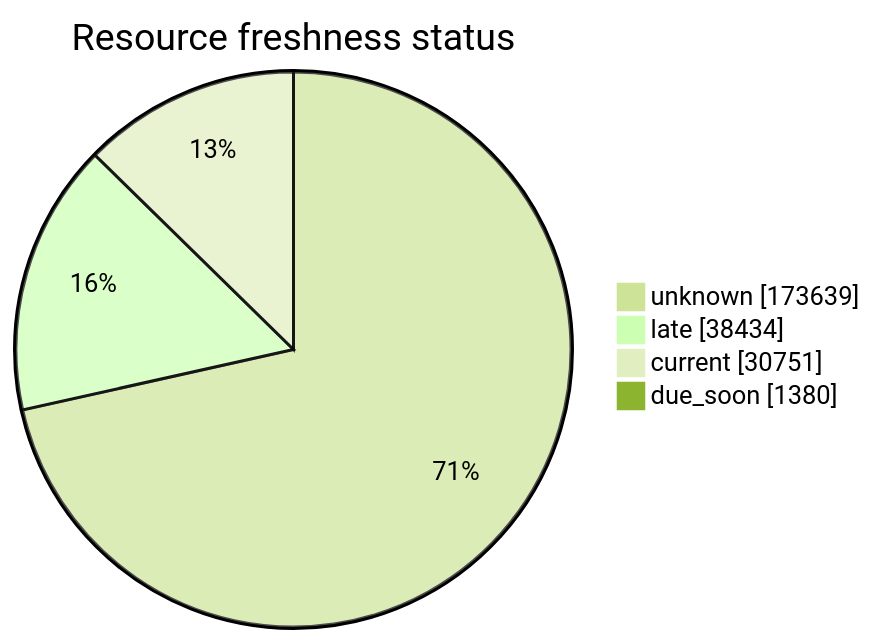
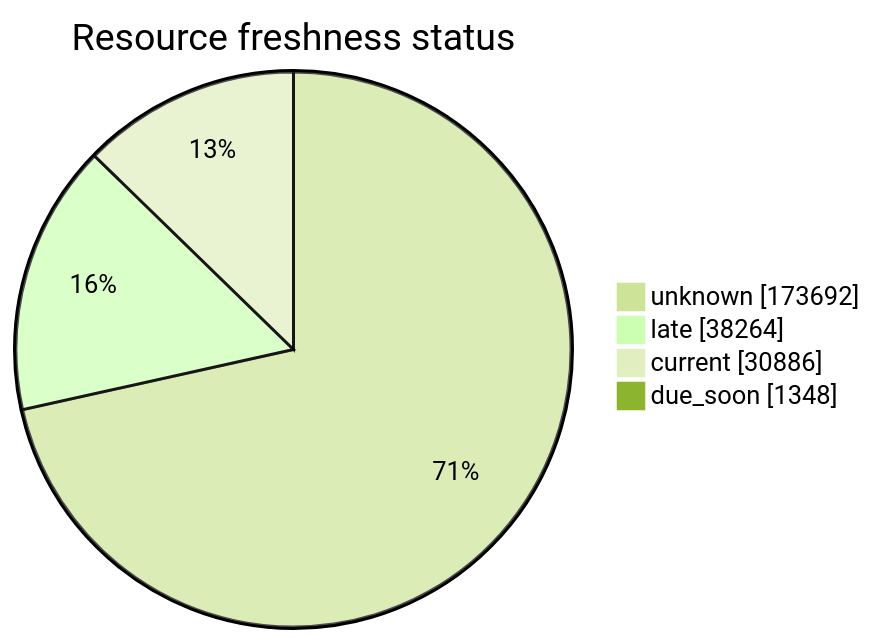
The third of 5 diagrams in FreshCheck/README.md (open-data/analytics-corporate-reporting), drawn with Mermaid (forest theme) before and after one commit. The commit also changed other lines of this file and 3 other files, not shown here.

````diff
--- a/FreshCheck/README.md
+++ b/FreshCheck/README.md
@@ -77,7 +77,7 @@
 ```mermaid
 pie showData title Resource freshness status
-    "unknown": 173639
-    "late": 38434
-    "current": 30751
-    "due_soon": 1380
+    "unknown": 173692
+    "late": 38264
+    "current": 30886
+    "due_soon": 1348
 ```
````
